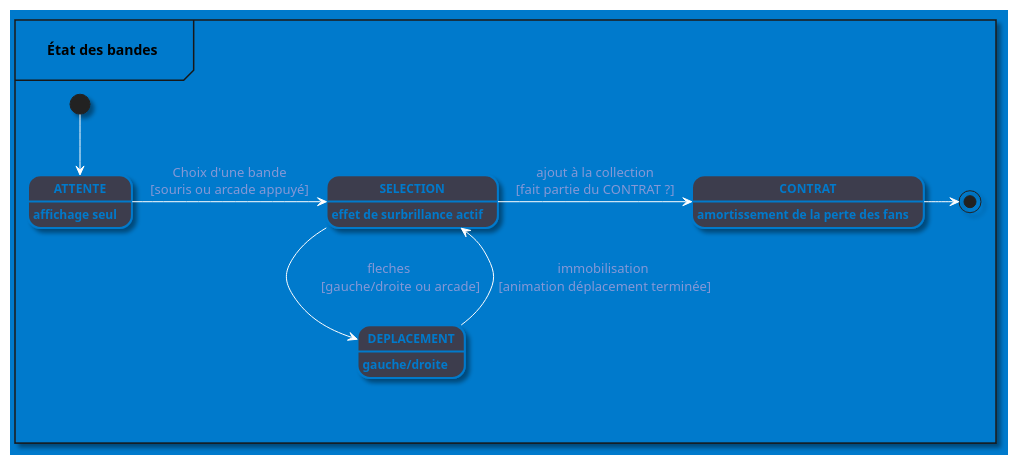
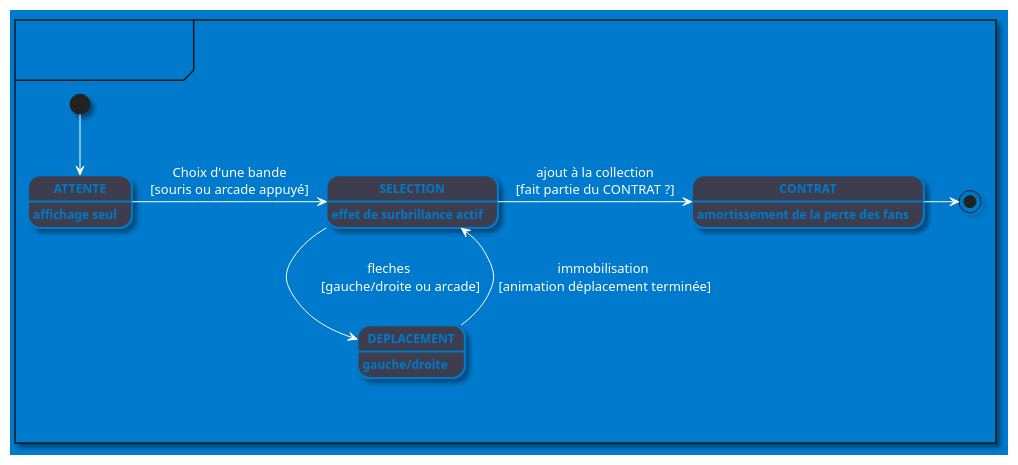
Before and after one commit to MaiveCL/Projet_session_JV: the diagram in docs/uml/puml/BandesStateDiagram.puml, drawn with PlantUML.

Commit message:
test uml auto-export

```diff
--- a/docs/uml/puml/BandesStateDiagram.puml
+++ b/docs/uml/puml/BandesStateDiagram.puml
@@ -1,47 +1,48 @@
 @startuml "État des bandes"
 ' Définir le style global
 skinparam {
+    defaultFontColor 007acc
     backgroundColor 007acc
     ' #000000 = oui
     ' #007acc = oui
     ' #92cc00ff = non, donne blanc ou ignoré
     shadowing true
     ' oui
     FontName "Consolas"
     ArrowColor ffffff
-    ' #ffffffff
-    ArrowFontColor 8598d6
-    ' #8598d6ff
-    StartColor ff02c4
+    ' #ffffff
+    ArrowFontColor ffffff
+    ' #8598d6
+    ' StartColor ff02c4
     ' #ff02c4ff = non, ignoré ou noir
-    EndColor ff02c4
+    ' EndColor ff02c4
     ' #ff02c4 = non, ignoré ou noir
 }
 ' Style pour les states
 skinparam state {
     BackgroundColor 3e3e4e
     ' #3e3e4eff = non, ignoré ou blanc
     fontColor 007acc
     ' #007acc
     BorderThickness 2
     BorderColor 007acc
     ' #007acc
     FontName "Consolas"
     FontSize 12
     FontStyle bold
 }
 
 mainframe \n\t**État des bandes**\t\n
 
     state ATTENTE : affichage seul
     state SELECTION : effet de surbrillance actif
     state DEPLACEMENT : gauche/droite
     state CONTRAT : amortissement de la perte des fans
 
     [*] --> ATTENTE
     ATTENTE -> SELECTION : Choix d'une bande\n[souris ou arcade appuyé]
     SELECTION -> DEPLACEMENT : fleches\n\t[gauche/droite ou arcade]\t
     DEPLACEMENT --> SELECTION :immobilisation\n [animation déplacement terminée]
     SELECTION -> CONTRAT :ajout à la collection\n[fait partie du CONTRAT ?]
     CONTRAT -> [*]
 @enduml
```
